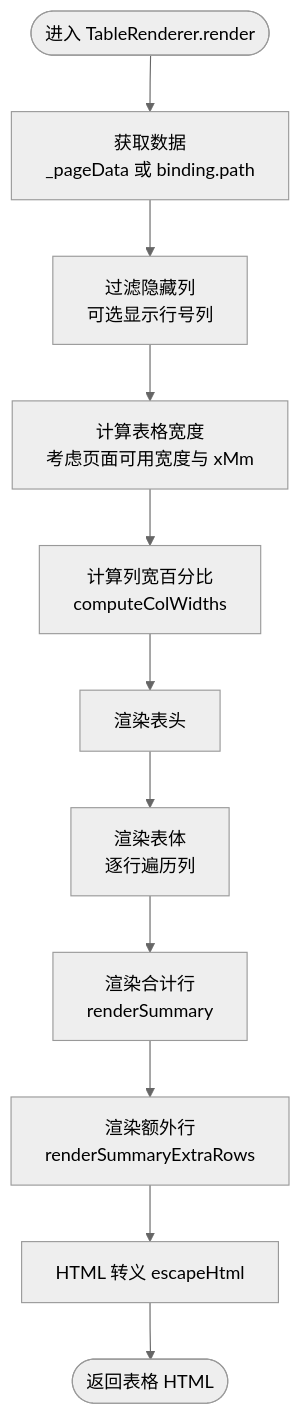
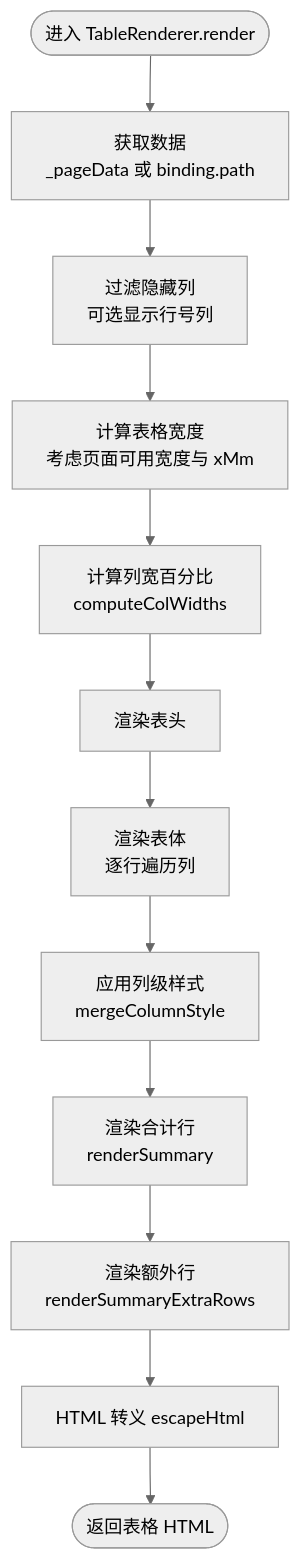
Before and after one commit to joker-yjc/printer: the third of 4 diagrams in .qoder/repowiki/zh/content/API 参考文档/组件渲染器接口/组件渲染器接口.md, drawn with Mermaid (neutral theme). The commit also changed other lines of this file and 128 other files, not shown here.

````diff
--- a/.qoder/repowiki/zh/content/API 参考文档/组件渲染器接口/组件渲染器接口.md
+++ b/.qoder/repowiki/zh/content/API 参考文档/组件渲染器接口/组件渲染器接口.md
@@ -258,13 +293,14 @@
 ```mermaid
 flowchart TD
 Start(["进入 TableRenderer.render"]) --> GetData["获取数据<br/>_pageData 或 binding.path"]
 GetData --> FilterCols["过滤隐藏列<br/>可选显示行号列"]
 FilterCols --> WidthCalc["计算表格宽度<br/>考虑页面可用宽度与 xMm"]
 WidthCalc --> ColWidths["计算列宽百分比<br/>computeColWidths"]
 ColWidths --> Header["渲染表头"]
 Header --> Body["渲染表体<br/>逐行遍历列"]
-Body --> Summary["渲染合计行<br/>renderSummary"]
+Body --> ColumnStyle["应用列级样式<br/>mergeColumnStyle"]
+ColumnStyle --> Summary["渲染合计行<br/>renderSummary"]
 Summary --> Extra["渲染额外行<br/>renderSummaryExtraRows"]
 Extra --> Escape["HTML 转义 escapeHtml"]
 Escape --> Return(["返回表格 HTML"])
 ```
````
